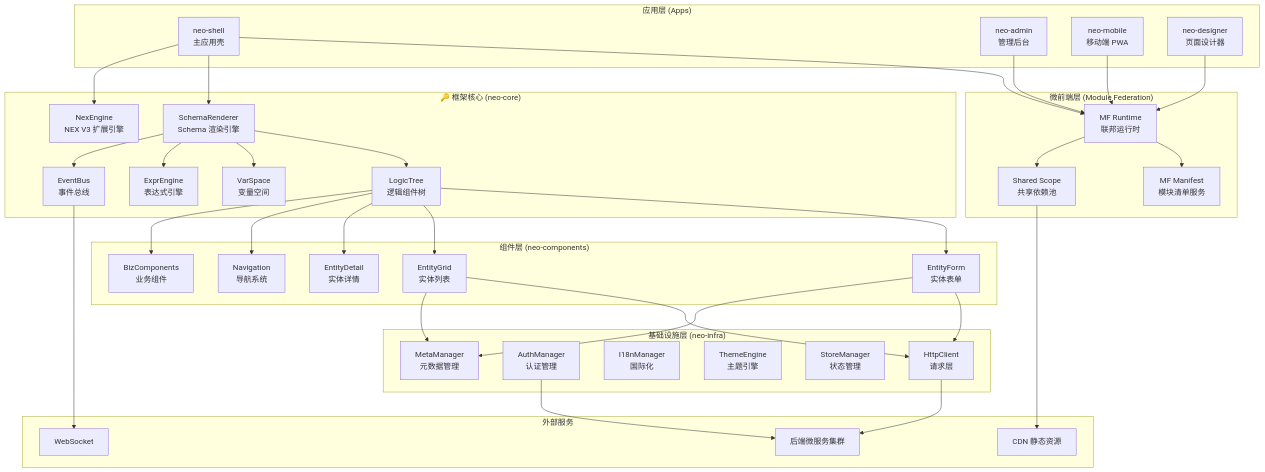
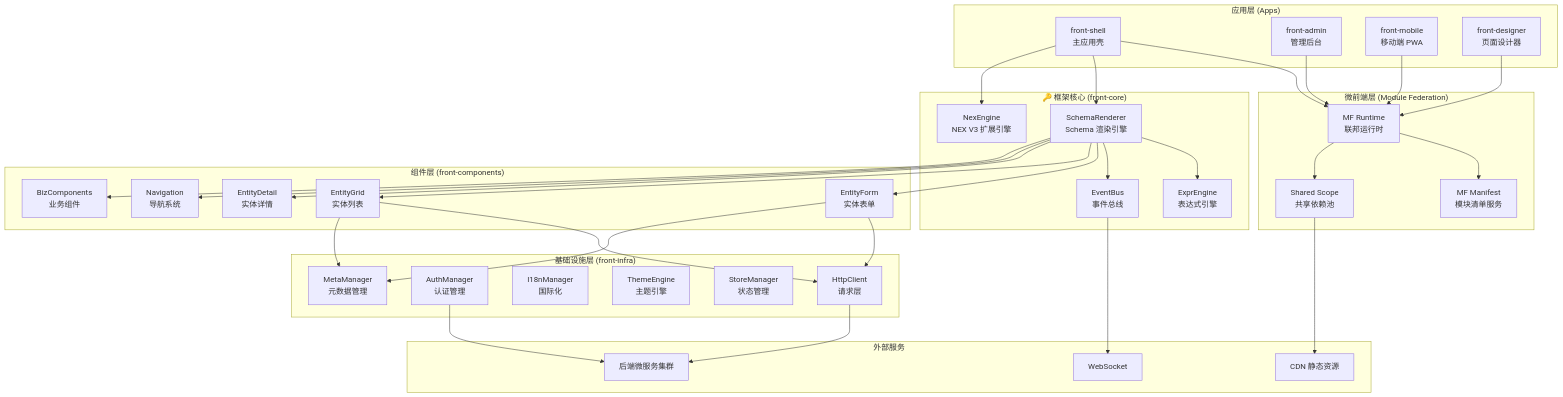
The first of 6 diagrams in product-specs/frontend-framework/新一代前端框架设计方案.md (chengqipeng/ai-pm-team), drawn with Mermaid before and after one commit. The commit also changed other lines of this file and 4 other files, not shown here.

````diff
--- a/product-specs/frontend-framework/新一代前端框架设计方案.md
+++ b/product-specs/frontend-framework/新一代前端框架设计方案.md
@@ -46,80 +47,76 @@
 ```mermaid
 graph TB
     subgraph 应用层["应用层 (Apps)"]
-        SHELL["neo-shell<br/>主应用壳"]
-        ADMIN["neo-admin<br/>管理后台"]
-        MOBILE["neo-mobile<br/>移动端 PWA"]
-        DESIGNER["neo-designer<br/>页面设计器"]
+        SHELL["front-shell<br/>主应用壳"]
+        ADMIN["front-admin<br/>管理后台"]
+        MOBILE["front-mobile<br/>移动端 PWA"]
+        DESIGNER["front-designer<br/>页面设计器"]
     end
 
     subgraph 微前端层["微前端层 (Module Federation)"]
         MFR["MF Runtime<br/>联邦运行时"]
         MFM["MF Manifest<br/>模块清单服务"]
         SHARED["Shared Scope<br/>共享依赖池"]
     end
 
-    subgraph 框架核心["🔑 框架核心 (neo-core)"]
+    subgraph 框架核心["🔑 框架核心 (front-core)"]
         SR["SchemaRenderer<br/>Schema 渲染引擎"]
         NX["NexEngine<br/>NEX V3 扩展引擎"]
-        LT["LogicTree<br/>逻辑组件树"]
-        VS["VarSpace<br/>变量空间"]
         EE["ExprEngine<br/>表达式引擎"]
         EB["EventBus<br/>事件总线"]
     end
 
-    subgraph 组件层["组件层 (neo-components)"]
+    subgraph 组件层["组件层 (front-components)"]
         EF["EntityForm<br/>实体表单"]
         EG["EntityGrid<br/>实体列表"]
         ED["EntityDetail<br/>实体详情"]
         NAV["Navigation<br/>导航系统"]
         BIZ["BizComponents<br/>业务组件"]
     end
 
-    subgraph 基础层["基础设施层 (neo-infra)"]
+    subgraph 基础层["基础设施层 (front-infra)"]
         HTTP["HttpClient<br/>请求层"]
         AUTH["AuthManager<br/>认证管理"]
         I18N["I18nManager<br/>国际化"]
         THEME["ThemeEngine<br/>主题引擎"]
         STORE["StoreManager<br/>状态管理"]
         META["MetaManager<br/>元数据管理"]
     end
 
     subgraph 外部["外部服务"]
         API["后端微服务集群"]
         CDN["CDN 静态资源"]
         WS["WebSocket"]
     end
 
     SHELL --> MFR
     ADMIN --> MFR
     MOBILE --> MFR
     DESIGNER --> MFR
 
     MFR --> MFM
     MFR --> SHARED
 
     SHELL --> SR
     SHELL --> NX
 
-    SR --> LT
-    SR --> VS
     SR --> EE
     SR --> EB
 
-    LT --> EF
-    LT --> EG
-    LT --> ED
-    LT --> NAV
-    LT --> BIZ
+    SR --> EF
+    SR --> EG
+    SR --> ED
+    SR --> NAV
+    SR --> BIZ
 
     EF --> HTTP
     EF --> META
     EG --> HTTP
     EG --> META
 
     HTTP --> API
     SHARED --> CDN
     EB --> WS
     AUTH --> API
 
 ```
````
